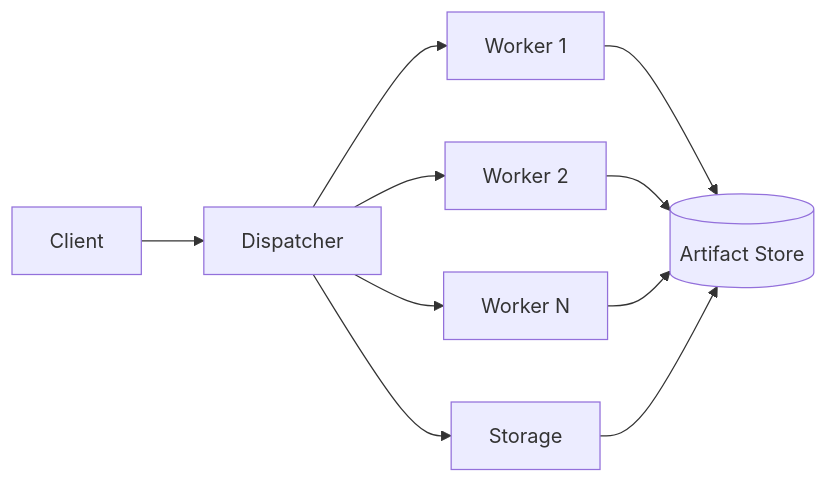
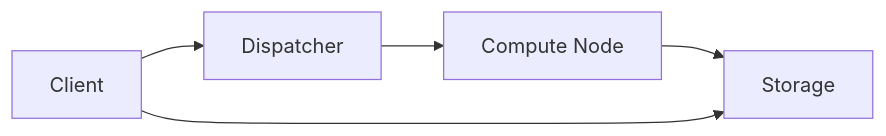
The eighth of 10 diagrams in V31design/designV31/DESIGN_ARCH_V31.md (RESBI/StockStatistic), drawn with Mermaid before and after one commit. The commit also changed other lines of this file and 18 other files, not shown here.

Commit message:
V3.1 docs: finalize architecture and delivery plan

````diff
--- a/V31design/designV31/DESIGN_ARCH_V31.md
+++ b/V31design/designV31/DESIGN_ARCH_V31.md
@@ -445,12 +386,7 @@
 ```mermaid
-graph LR
+flowchart LR
     C[Client] --> D[Dispatcher]
-    D --> S[Storage]
-    D --> W1[Worker 1]
-    D --> W2[Worker 2]
-    D --> WN[Worker N]
-    W1 --> A[(Artifact Store)]
-    W2 --> A
-    WN --> A
-    S --> A
+    D --> W[Compute Node]
+    W --> S[Storage]
+    C --> S
 ```
````
